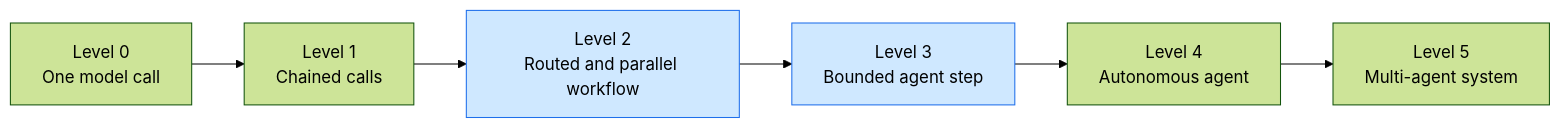
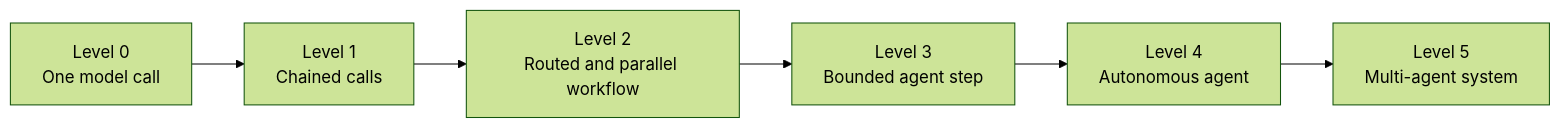
Before and after one commit to MorrisMMBongas/Building-AI-Features-Agents-That-Work-in-Prod: the second of 3 diagrams in README.md, drawn with Mermaid (forest theme). The commit also changed other lines of this file, not shown here.

````diff
--- a/README.md
+++ b/README.md
@@ -74,12 +113,10 @@
 ```mermaid
 flowchart LR
     L0["Level 0<br/>One model call"]
     L1["Level 1<br/>Chained calls"]
     L2["Level 2<br/>Routed and parallel workflow"]
     L3["Level 3<br/>Bounded agent step"]
     L4["Level 4<br/>Autonomous agent"]
     L5["Level 5<br/>Multi-agent system"]
     L0 --> L1 --> L2 --> L3 --> L4 --> L5
-    style L2 fill:#cfe8ff,stroke:#1f6feb
-    style L3 fill:#cfe8ff,stroke:#1f6feb
 ```
````
